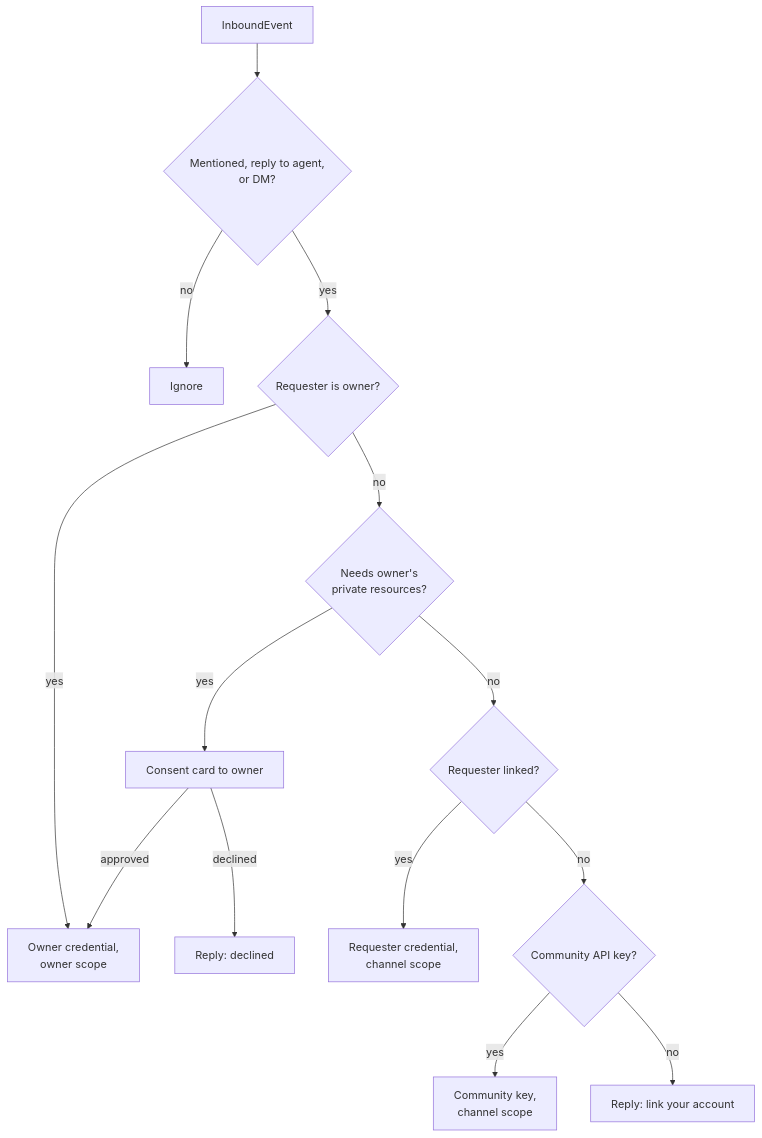
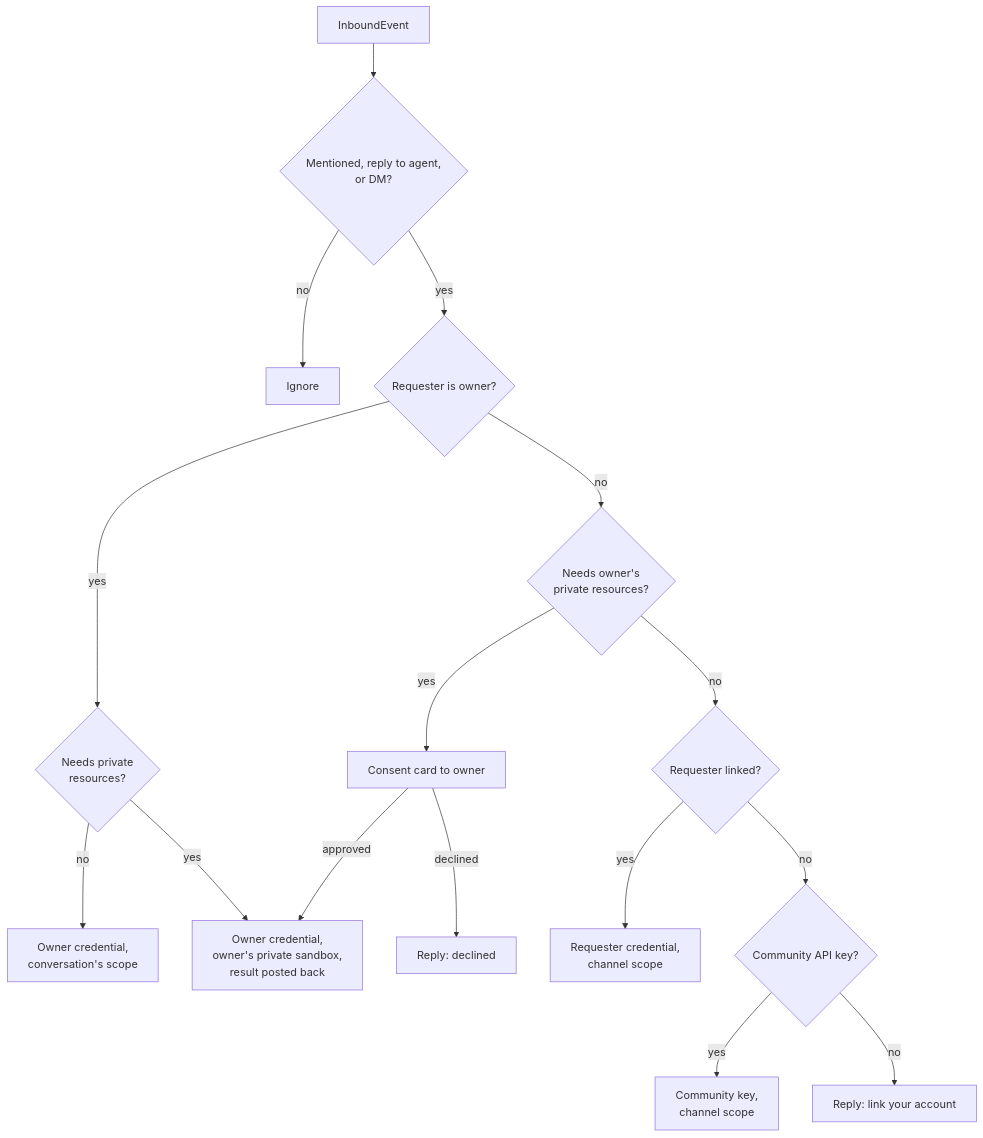
One commit to agentsky/agent-core changed the third of 6 diagrams in docs/design.md. Above: the diagram before and after it, drawn with Mermaid. The commit also changed other lines of this file, not shown here.

First line of the commit message:
Address design review: per-process placeholders, private sandbox, per-session workdirs

````diff
--- a/docs/design.md
+++ b/docs/design.md
@@ -223,16 +232,18 @@
 ```mermaid
 flowchart TD
     E["InboundEvent"] --> G{"Mentioned, reply to agent,<br/>or DM?"}
     G -- no --> X["Ignore"]
     G -- yes --> O{"Requester is owner?"}
-    O -- yes --> OW["Owner credential,<br/>owner scope"]
+    O -- yes --> OP{"Needs private<br/>resources?"}
+    OP -- no --> OC["Owner credential,<br/>conversation's scope"]
+    OP -- yes --> OW["Owner credential,<br/>owner's private sandbox,<br/>result posted back"]
     O -- no --> P{"Needs owner's<br/>private resources?"}
     P -- yes --> CN["Consent card to owner"]
     CN -- approved --> OW
     CN -- declined --> DN["Reply: declined"]
     P -- no --> L{"Requester linked?"}
     L -- yes --> RQ["Requester credential,<br/>channel scope"]
     L -- no --> K{"Community API key?"}
     K -- yes --> CK["Community key,<br/>channel scope"]
     K -- no --> LK["Reply: link your account"]
 ```
````
